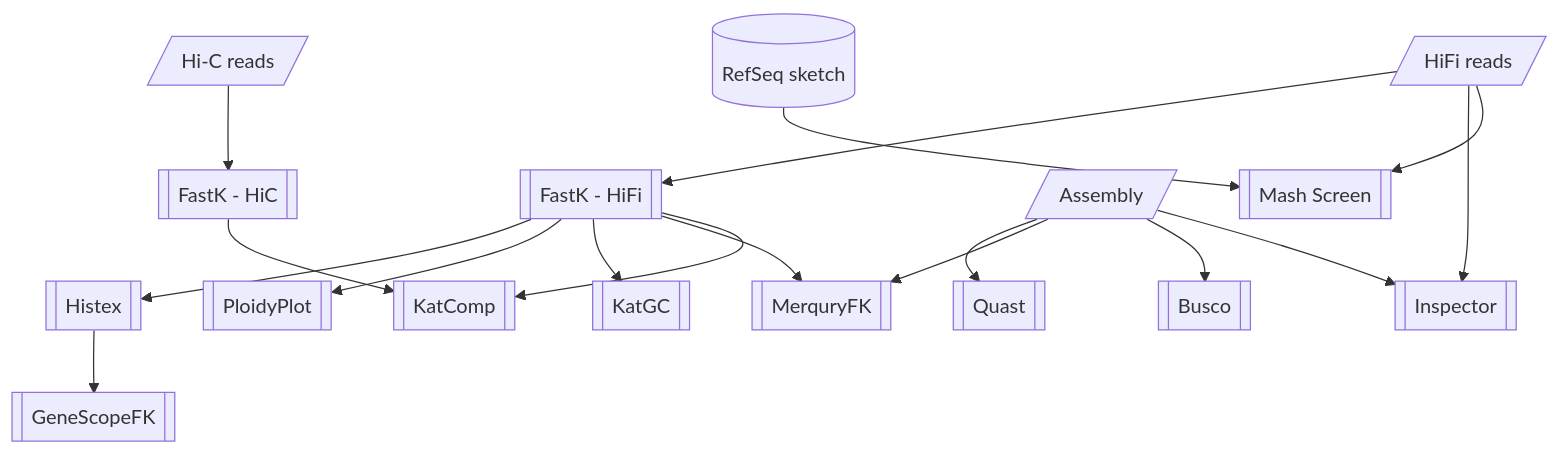
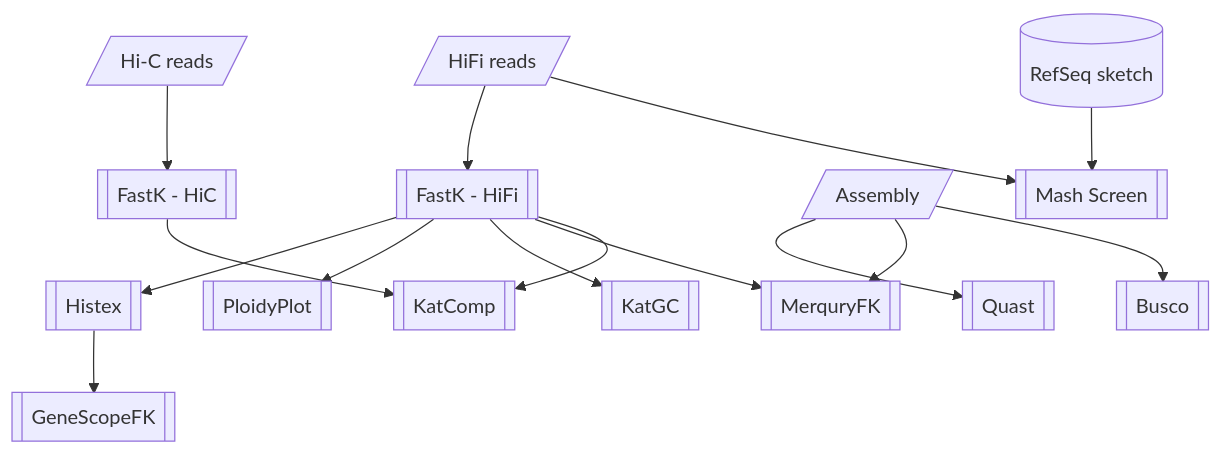
One commit to NBISweden/Earth-Biogenome-Project-pilot changed the second of 2 diagrams in README.md. Above: the diagram before and after it, drawn with Mermaid.

Commit message:
Remove Inspector from tools run

````diff
--- a/README.md
+++ b/README.md
@@ -23,19 +23,17 @@
 ```mermaid
 flowchart TD
     hifi[/ HiFi reads /] --> fastk_hifi[[ FastK - HiFi ]]
     hic[/ Hi-C reads /] --> fastk_hic[[ FastK - HiC ]]
     assembly[/ Assembly /] --> quast[[ Quast ]]
     fastk_hifi --> histex[[ Histex ]]
     histex --> genescopefk[[ GeneScopeFK ]]
     fastk_hifi --> ploidyplot[[ PloidyPlot ]]
     fastk_hifi --> katgc[[ KatGC ]]
     fastk_hifi --> merquryfk[[ MerquryFK ]]
     assembly --> merquryfk
     fastk_hifi --> katcomp[[ KatComp ]]
     fastk_hic --> katcomp
     assembly --> busco[[ Busco ]]
-    assembly --> inspector[[ Inspector ]]
-    hifi --> inspector
     refseq_sketch[( RefSeq sketch )] --> mash_screen[[ Mash Screen ]]
     hifi --> mash_screen
 ```
````
